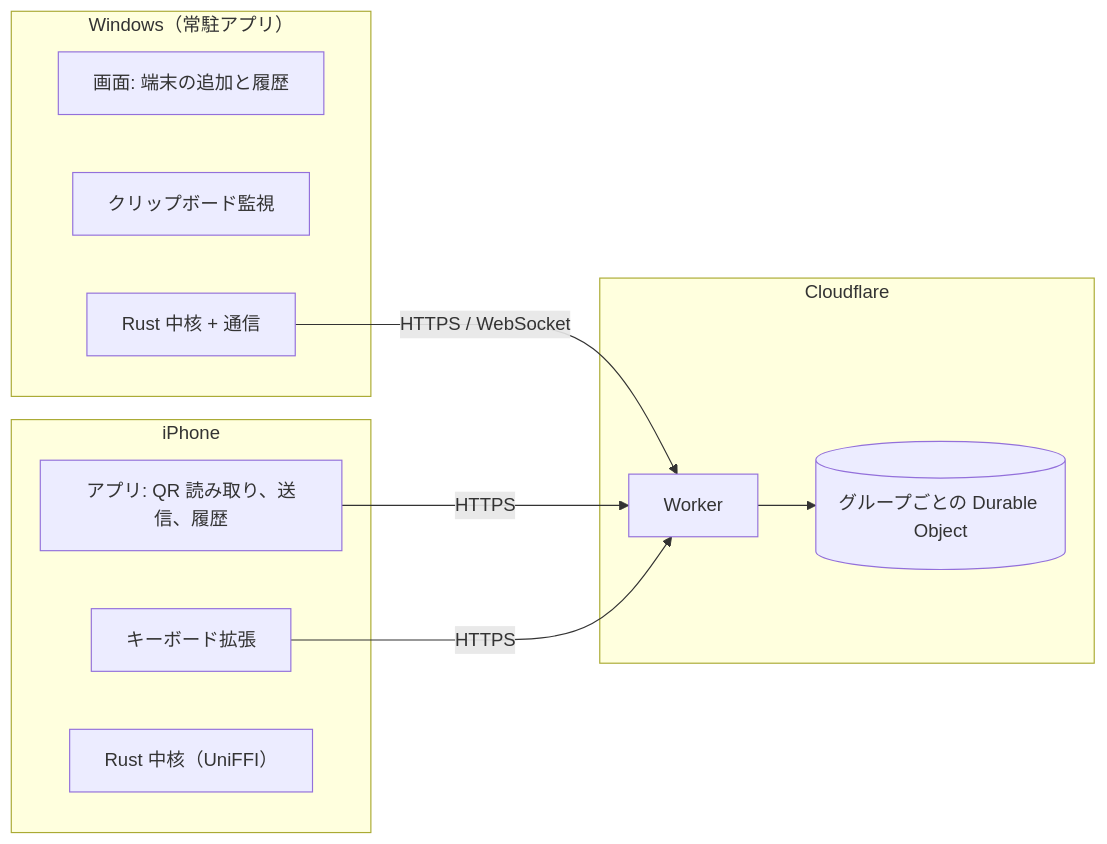
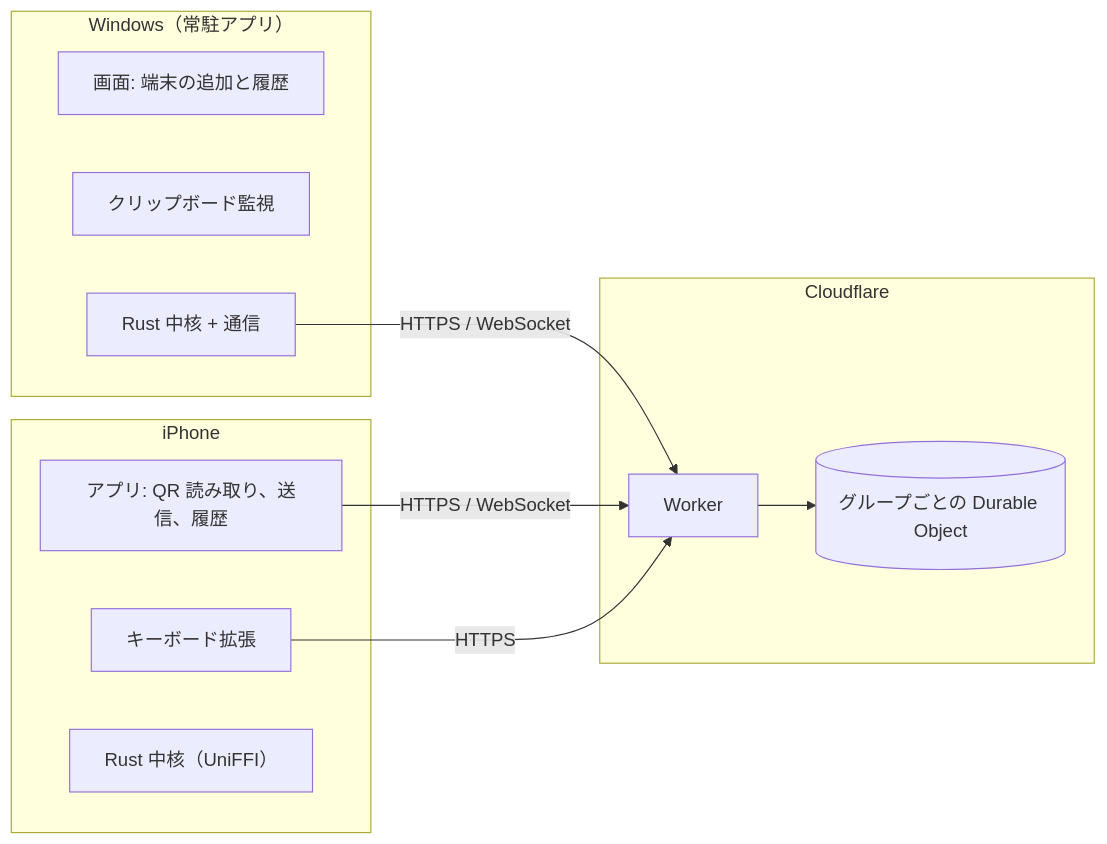
Before and after one commit to dorayaki4369/enclip: the diagram in docs/architecture.md, drawn with Mermaid. The commit also changed other lines of this file and 5 other files, not shown here.

````diff
--- a/docs/architecture.md
+++ b/docs/architecture.md
@@ -13,21 +13,21 @@
 ```mermaid
 flowchart LR
     subgraph Windows["Windows（常駐アプリ）"]
         WUI[画面: 端末の追加と履歴]
         WCB[クリップボード監視]
         WCore[Rust 中核 + 通信]
     end
     subgraph iPhone
         App[アプリ: QR 読み取り、送信、履歴]
         KB[キーボード拡張]
         ICore[Rust 中核（UniFFI）]
     end
     subgraph Cloudflare
         Worker[Worker]
         DO[(グループごとの Durable Object)]
     end
     WCore -- "HTTPS / WebSocket" --> Worker
-    App -- HTTPS --> Worker
+    App -- "HTTPS / WebSocket" --> Worker
     KB -- HTTPS --> Worker
     Worker --> DO
 ```
````
